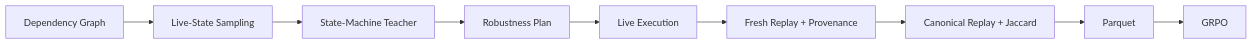
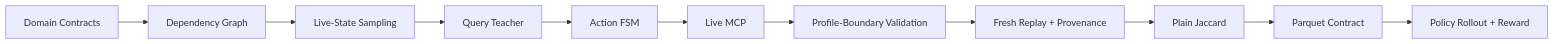
The diagram in README.md (liuzy1019/LiveMCP-GRPO), drawn with Mermaid before and after one commit. The commit also changed other lines of this file and 174 other files, not shown here.

````diff
--- a/README.md
+++ b/README.md
@@ -21,11 +21,13 @@
 ```mermaid
 flowchart LR
-    A[Dependency Graph] --> B[Live-State Sampling]
-    B --> C[State-Machine Teacher]
-    C --> D[Robustness Plan]
-    D --> E[Live Execution]
-    E --> F[Fresh Replay + Provenance]
-    F --> G[Canonical Replay + Jaccard]
-    G --> H[Parquet]
-    H --> I[GRPO]
+    A[Domain Contracts] --> B[Dependency Graph]
+    B --> C[Live-State Sampling]
+    C --> D[Query Teacher]
+    D --> E[Action FSM]
+    E --> F[Live MCP]
+    F --> G[Profile-Boundary Validation]
+    G --> H[Fresh Replay + Provenance]
+    H --> I[Plain Jaccard]
+    I --> J[Parquet Contract]
+    J --> K[Policy Rollout + Reward]
 ```
````
